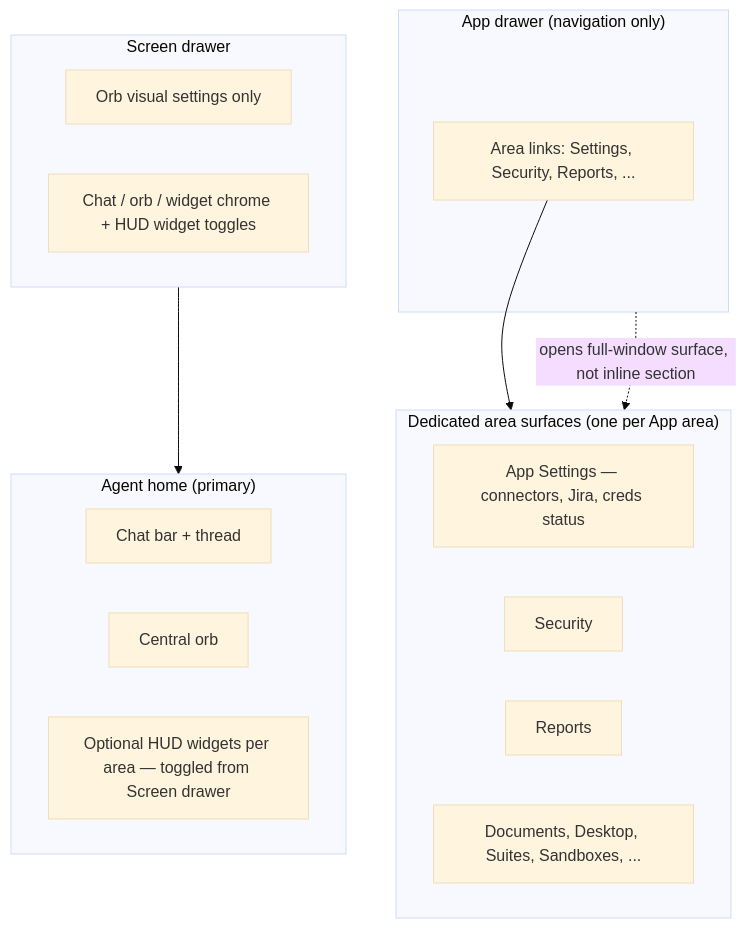
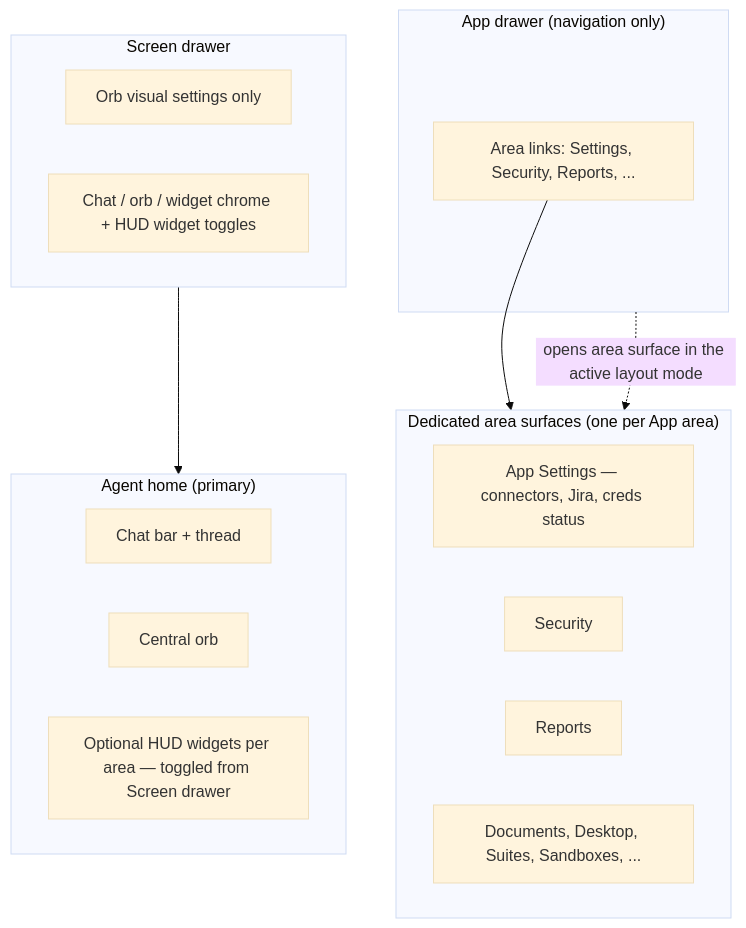
The diagram in docs/ops/KAN102_NAV_WIDGETS_PLAN.md (andrewhiggins112-ne876514/ai-testing-app), drawn with Mermaid (base theme) before and after one commit. The commit also changed other lines of this file and 20 other files, not shown here.

````diff
--- a/docs/ops/KAN102_NAV_WIDGETS_PLAN.md
+++ b/docs/ops/KAN102_NAV_WIDGETS_PLAN.md
@@ -13,24 +13,24 @@
 ```mermaid
 flowchart TB
   subgraph home["Agent home (primary)"]
     Chat[Chat bar + thread]
     Orb[Central orb]
     HUD[Optional HUD widgets per area — toggled from Screen drawer]
   end
   subgraph screen_drawer["Screen drawer"]
     OrbSet[Orb visual settings only]
     WidgetTog[Chat / orb / widget chrome + HUD widget toggles]
   end
   subgraph app_drawer["App drawer (navigation only)"]
     Nav[Area links: Settings, Security, Reports, ...]
   end
   subgraph areas["Dedicated area surfaces (one per App area)"]
     AppSet[App Settings — connectors, Jira, creds status]
     Sec[Security]
     Rep[Reports]
     Other[Documents, Desktop, Suites, Sandboxes, ...]
   end
   Nav --> areas
   screen_drawer --> home
-  app_drawer -.->|"opens full-window surface, not inline section"| areas
+  app_drawer -.->|"opens area surface in the active layout mode"| areas
 ```
````
